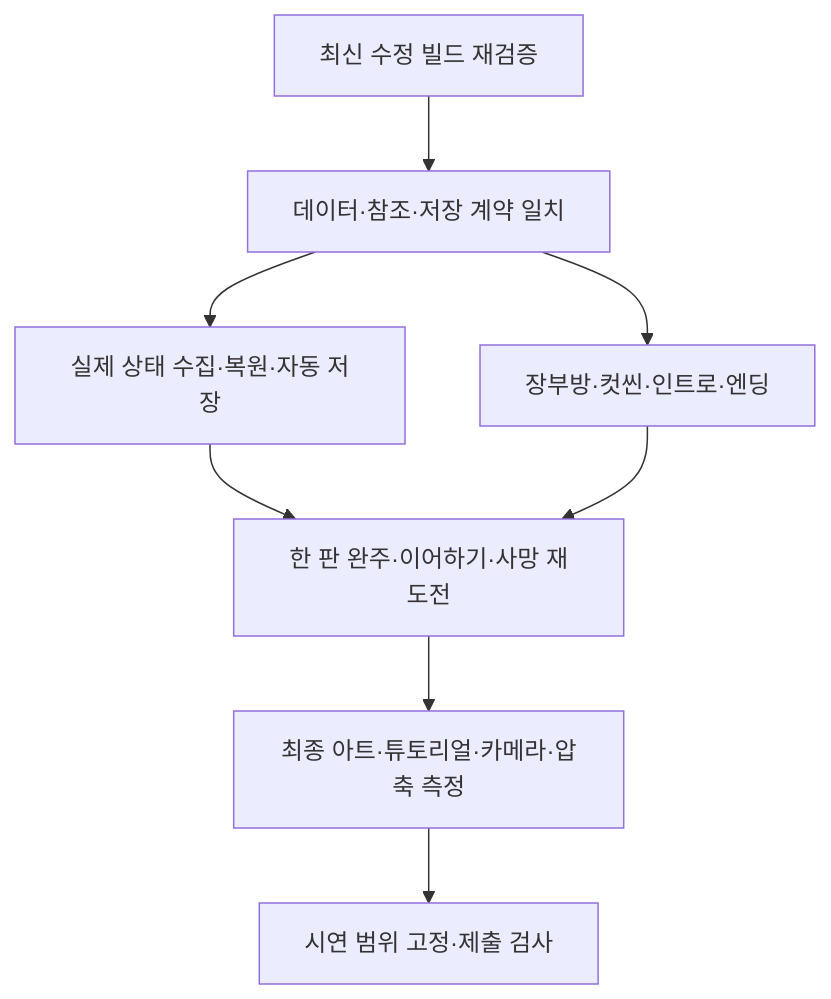
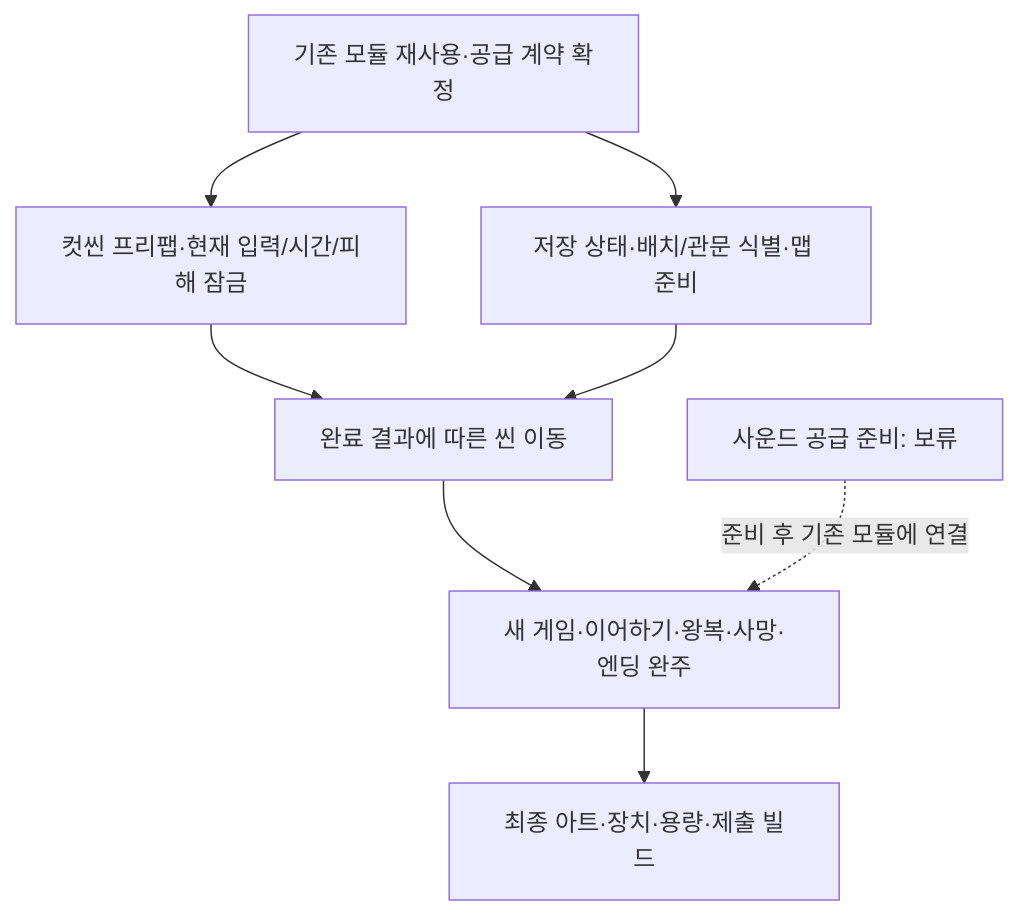
One commit to lkhwcf-arch/Human_Ghost- changed the diagram in Docs/개발자용 설계문서/남은 구현과 검증 작업.md. Above: the diagram before and after it, drawn with Mermaid. The commit also changed other lines of this file and 38 other files, not shown here.

````diff
--- a/Docs/개발자용 설계문서/남은 구현과 검증 작업.md
+++ b/Docs/개발자용 설계문서/남은 구현과 검증 작업.md
@@ -62,10 +32,10 @@
 ```mermaid
 flowchart TD
-    A[최신 수정 빌드 재검증] --> B[데이터·참조·저장 계약 일치]
-    B --> C[실제 상태 수집·복원·자동 저장]
-    B --> D[장부방·컷씬·인트로·엔딩]
-    C --> E[한 판 완주·이어하기·사망 재도전]
-    D --> E
-    E --> F[최종 아트·튜토리얼·카메라·압축 측정]
-    F --> G[시연 범위 고정·제출 검사]
+    A[기존 모듈 재사용·공급 계약 확정] --> B[컷씬 프리팹·현재 입력/시간/피해 잠금]
+    A --> C[저장 상태·배치/관문 식별·맵 준비]
+    B --> D[완료 결과에 따른 씬 이동]
+    C --> D
+    D --> E[새 게임·이어하기·왕복·사망·엔딩 완주]
+    E --> F[최종 아트·장치·용량·제출 빌드]
+    G[사운드 공급 준비: 보류] -.준비 후 기존 모듈에 연결.-> E
 ```
````
